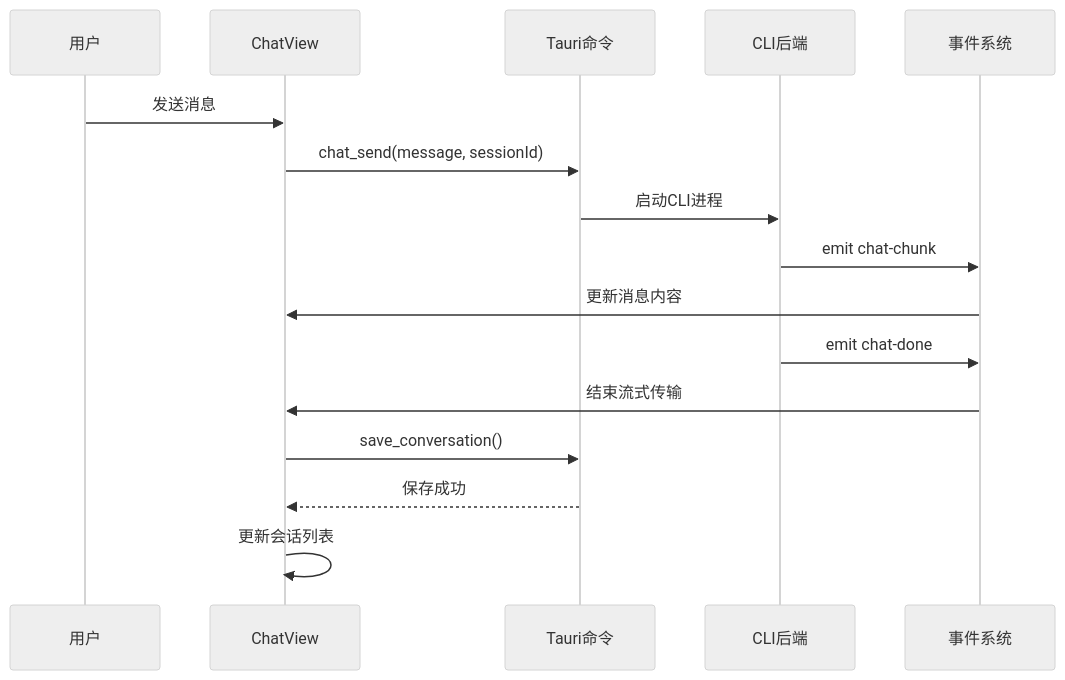
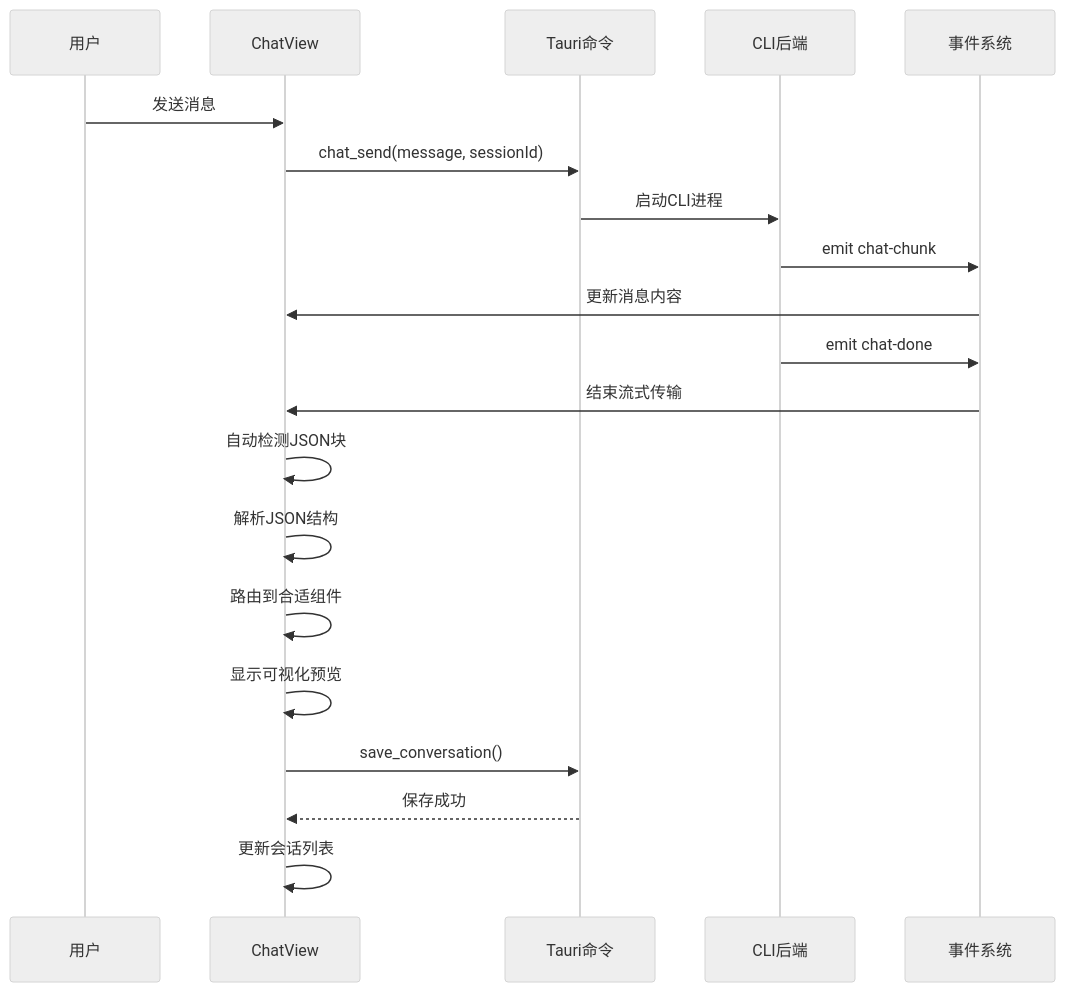
The fifth of 11 diagrams in .qoder/repowiki/zh/content/部署与运维/桌面应用程序基础设施.md (1173591564/academic-based-qoder), drawn with Mermaid (neutral theme) before and after one commit. The commit also changed other lines of this file and 37 other files, not shown here.

````diff
--- a/.qoder/repowiki/zh/content/部署与运维/桌面应用程序基础设施.md
+++ b/.qoder/repowiki/zh/content/部署与运维/桌面应用程序基础设施.md
@@ -245,18 +259,22 @@
 ```mermaid
 sequenceDiagram
 participant User as 用户
 participant Chat as ChatView
 participant Tauri as Tauri命令
 participant CLI as CLI后端
 participant Event as 事件系统
 User->>Chat : 发送消息
 Chat->>Tauri : chat_send(message, sessionId)
 Tauri->>CLI : 启动CLI进程
 CLI->>Event : emit chat-chunk
 Event->>Chat : 更新消息内容
 CLI->>Event : emit chat-done
 Event->>Chat : 结束流式传输
+Chat->>Chat : 自动检测JSON块
+Chat->>Chat : 解析JSON结构
+Chat->>Chat : 路由到合适组件
+Chat->>Chat : 显示可视化预览
 Chat->>Tauri : save_conversation()
 Tauri-->>Chat : 保存成功
 Chat->>Chat : 更新会话列表
 ```
````
